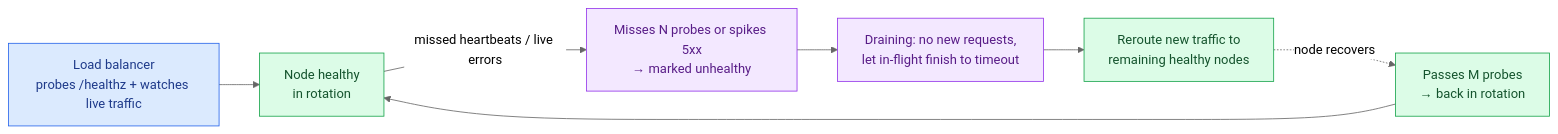
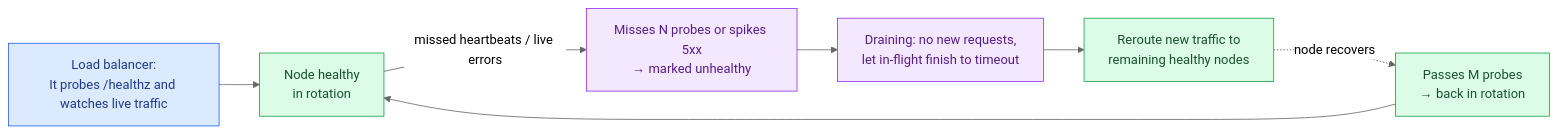
Before and after one commit to ani2fun/system-design-guide: the second of 2 diagrams in 04-building-blocks/01-load-balancing-and-gateways.md, drawn with Mermaid (neutral theme).

Commit message:
content: edit system-design-from-first-principles/building-blocks/load-…
testing the feature

Requested by @ani2fun via Synapse.

````diff
--- a/04-building-blocks/01-load-balancing-and-gateways.md
+++ b/04-building-blocks/01-load-balancing-and-gateways.md
@@ -124,22 +124,22 @@
 ```mermaid
 flowchart LR
     classDef client fill:#f3f4f6,stroke:#6b7280,color:#111827;
     classDef edge   fill:#dbeafe,stroke:#2563eb,color:#1e3a8a;
     classDef svc    fill:#dcfce7,stroke:#16a34a,color:#14532d;
     classDef data   fill:#ffedd5,stroke:#ea580c,color:#7c2d12;
     classDef async  fill:#f3e8ff,stroke:#9333ea,color:#581c87;
 
-    LB[Load balancer<br/>probes /healthz + watches live traffic]:::edge
+    LB[Load balancer:<br/>It probes /healthz and watches live traffic]:::edge
     H[Node healthy<br/>in rotation]:::svc
     U[Misses N probes or spikes 5xx<br/>→ marked unhealthy]:::async
     D[Draining: no new requests,<br/>let in-flight finish to timeout]:::async
     R[Reroute new traffic to<br/>remaining healthy nodes]:::svc
     B[Passes M probes<br/>→ back in rotation]:::svc
 
     LB --> H
     H -->|missed heartbeats / live errors| U
     U --> D
     D --> R
     R -.->|node recovers| B
     B --> H
 ```
````
